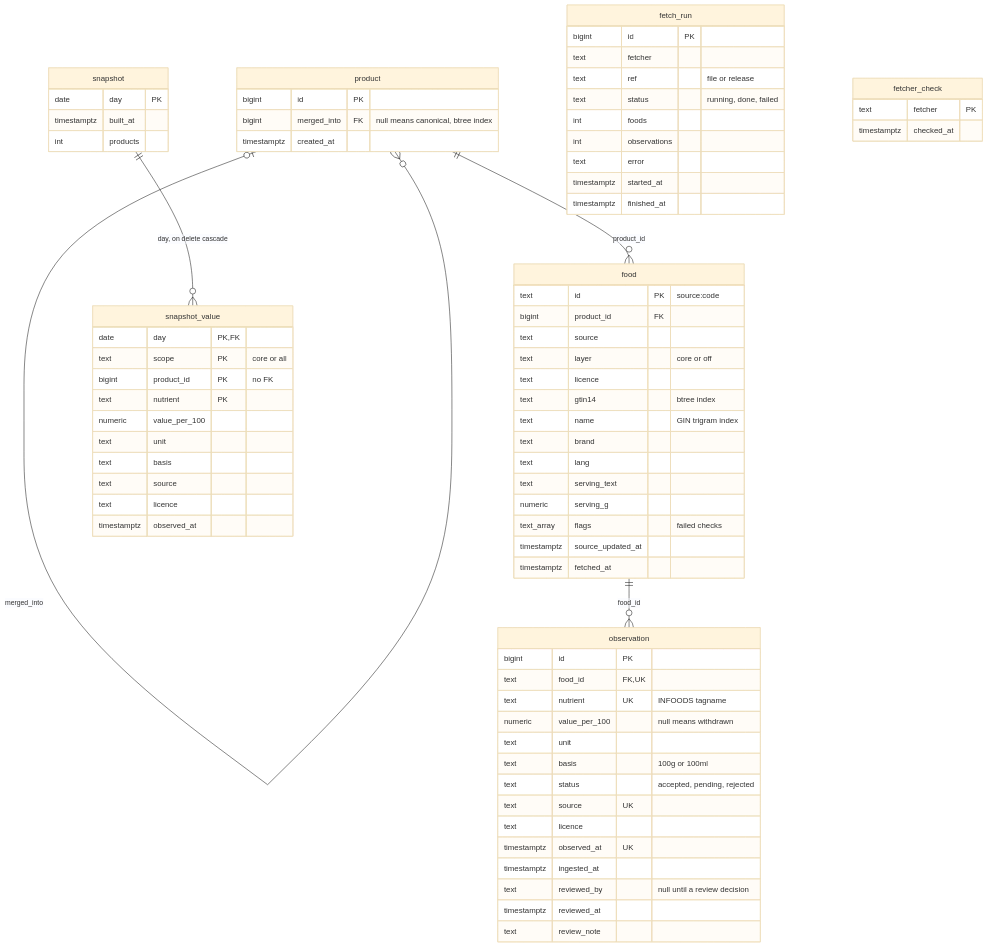
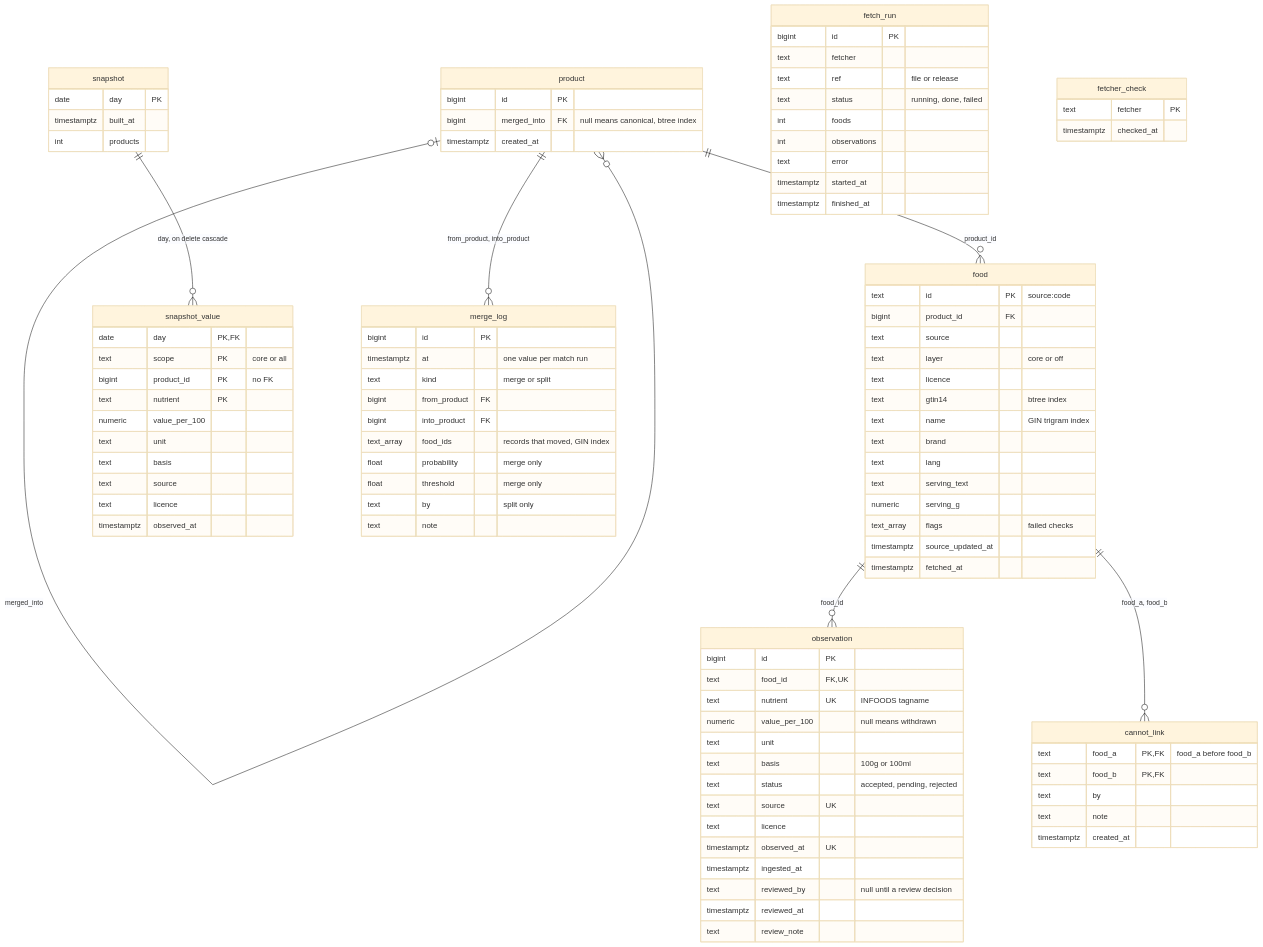
The seventh of 12 diagrams in docs/architecture.md (eait-fit/fooddb), drawn with Mermaid (base theme) before and after one commit. The commit also changed other lines of this file and 3 other files, not shown here.

Commit message:
docs: merge log, split and match training (#16)

````diff
--- a/docs/architecture.md
+++ b/docs/architecture.md
@@ -403,6 +458,8 @@
     product ||--o{ food : "product_id"
     food ||--o{ observation : "food_id"
     snapshot ||--o{ snapshot_value : "day, on delete cascade"
+    product ||--o{ merge_log : "from_product, into_product"
+    food ||--o{ cannot_link : "food_a, food_b"
     product {
         bigint id PK
         bigint merged_into FK "null means canonical, btree index"
@@ -472,4 +529,23 @@
         text fetcher PK
         timestamptz checked_at
     }
+    merge_log {
+        bigint id PK
+        timestamptz at "one value per match run"
+        text kind "merge or split"
+        bigint from_product FK
+        bigint into_product FK
+        text_array food_ids "records that moved, GIN index"
+        float probability "merge only"
+        float threshold "merge only"
+        text by "split only"
+        text note
+    }
+    cannot_link {
+        text food_a PK,FK "food_a before food_b"
+        text food_b PK,FK
+        text by
+        text note
+        timestamptz created_at
+    }
 ```
````
